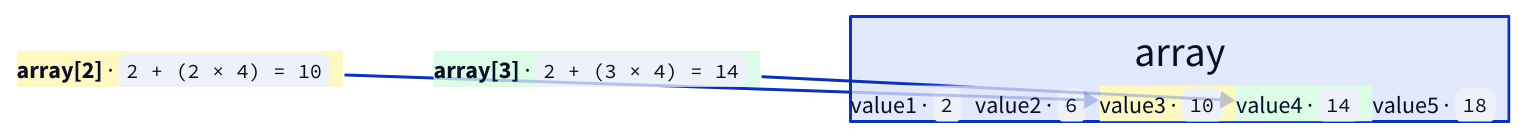
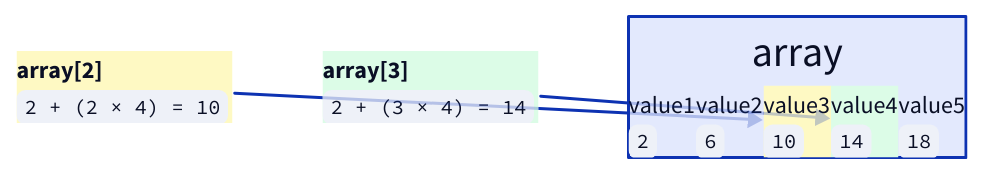
One commit to ani2fun/note-book changed diagram 17 of 19 in src/computer-science/DSA/data-structures/1.arrays/01-introduction.md. Above: the diagram before and after it, drawn with D2. The commit also changed other lines of this file, not shown here.

````diff
--- a/src/computer-science/DSA/data-structures/1.arrays/01-introduction.md
+++ b/src/computer-science/DSA/data-structures/1.arrays/01-introduction.md
@@ -963,32 +963,32 @@
 ```d2
 c2: |md
-  **array[2]** · `2 + (2 × 4) = 10`
+  **array[2]**<br/>`2 + (2 × 4) = 10`
 | {style.fill: "#fef9c3"; style.stroke: "#d97706"}
 
 c3: |md
-  **array[3]** · `2 + (3 × 4) = 14`
+  **array[3]**<br/>`2 + (3 × 4) = 14`
 | {style.fill: "#dcfce7"; style.stroke: "#16a34a"}
 
 arr: array {
   grid-columns: 5
   grid-gap: 0
   e0: |md
-    value1 · `2`
+    value1<br/>`2`
   |
   e1: |md
-    value2 · `6`
+    value2<br/>`6`
   |
   e2: |md
-    value3 · `10`
+    value3<br/>`10`
   | {style.fill: "#fef9c3"; style.stroke: "#d97706"}
   e3: |md
-    value4 · `14`
+    value4<br/>`14`
   | {style.fill: "#dcfce7"; style.stroke: "#16a34a"}
   e4: |md
-    value5 · `18`
+    value5<br/>`18`
   |
 }
 
 c2 -> arr.e2
 c3 -> arr.e3
 ```
````
